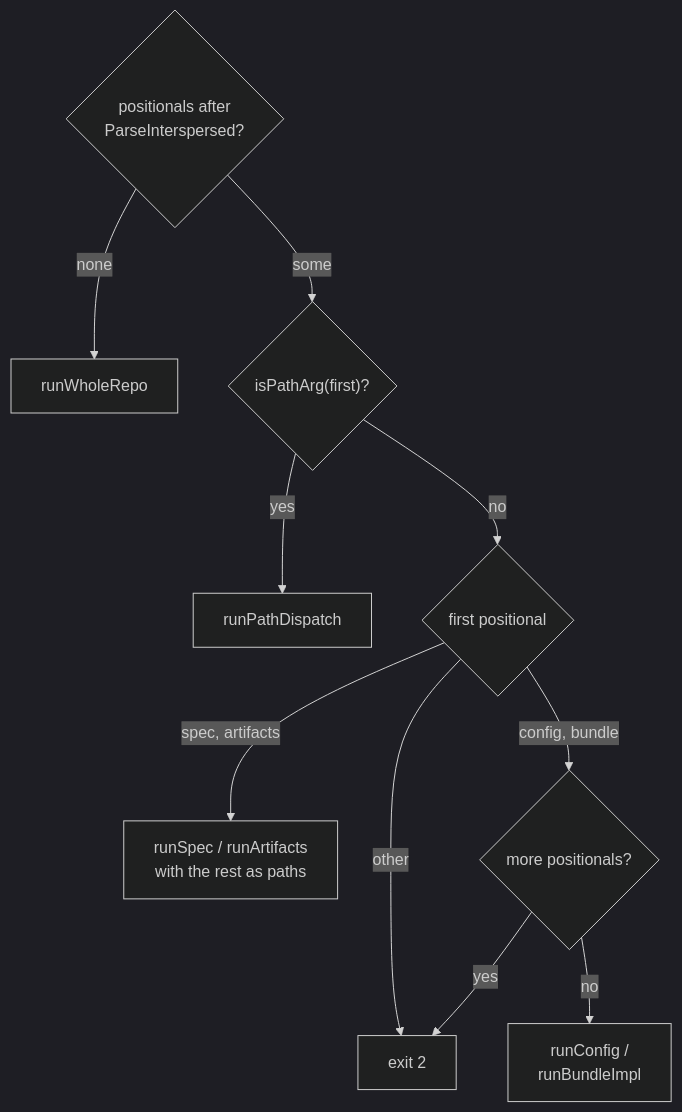
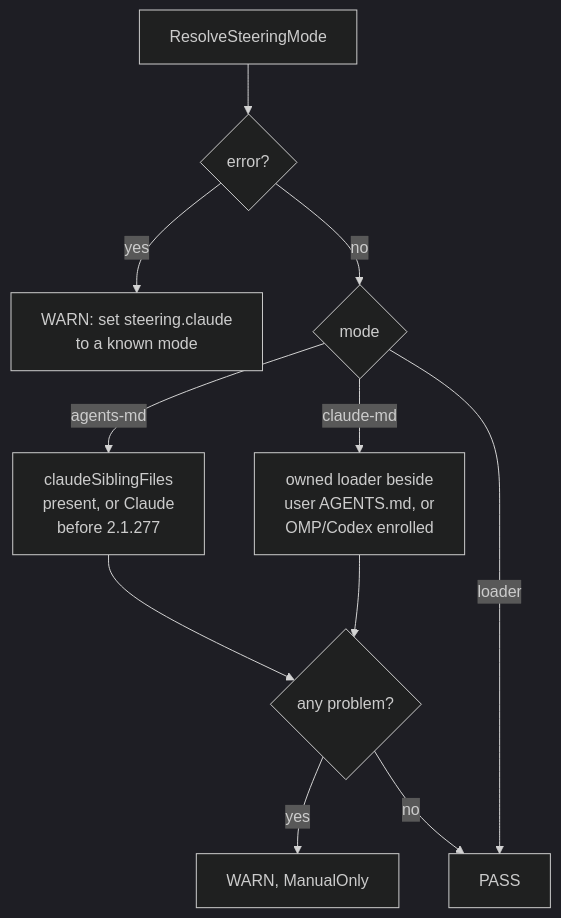
One commit to damusix/atomic-claude changed the fifth of 9 diagrams in docs/wiki/doctor.md. Above: the diagram before and after it, drawn with Mermaid (dark theme). The commit also changed other lines of this file and 795 other files, not shown here.

First line of the commit message:
feat!: run Atomic on Claude Code, OMP, and Codex

````diff
--- a/docs/wiki/doctor.md
+++ b/docs/wiki/doctor.md
@@ -111,13 +146,14 @@
 ```mermaid
 flowchart TD
-    %% source: atomic/internal/validate/validate.go, dispatch.go
-    B{"positionals after<br/>ParseInterspersed?"} -->|none| W["runWholeRepo"]
-    B -->|some| C{"isPathArg(first)?"}
-    C -->|yes| P["runPathDispatch"]
-    C -->|no| D{"first positional"}
-    D -->|"spec, artifacts"| M["runSpec / runArtifacts<br/>with the rest as paths"]
-    D -->|"config, bundle"| E{"more positionals?"}
-    D -->|other| X["exit 2"]
-    E -->|yes| X
-    E -->|no| R["runConfig /<br/>runBundleImpl"]
+    %% source: atomic/internal/doctor/checks_steering.go (RunCheckSteeringWith, steeringPairDirs)
+    A["ResolveSteeringMode"] --> B{"error?"}
+    B -->|yes| W["WARN: set steering.claude<br/>to a known mode"]
+    B -->|no| M{"mode"}
+    M -->|agents-md| G["claudeSiblingFiles<br/>present, or Claude<br/>before 2.1.277"]
+    M -->|claude-md| C["owned loader beside<br/>user AGENTS.md, or<br/>OMP/Codex enrolled"]
+    M -->|loader| P["PASS"]
+    G --> R{"any problem?"}
+    C --> R
+    R -->|yes| X["WARN, ManualOnly"]
+    R -->|no| P
 ```
````
